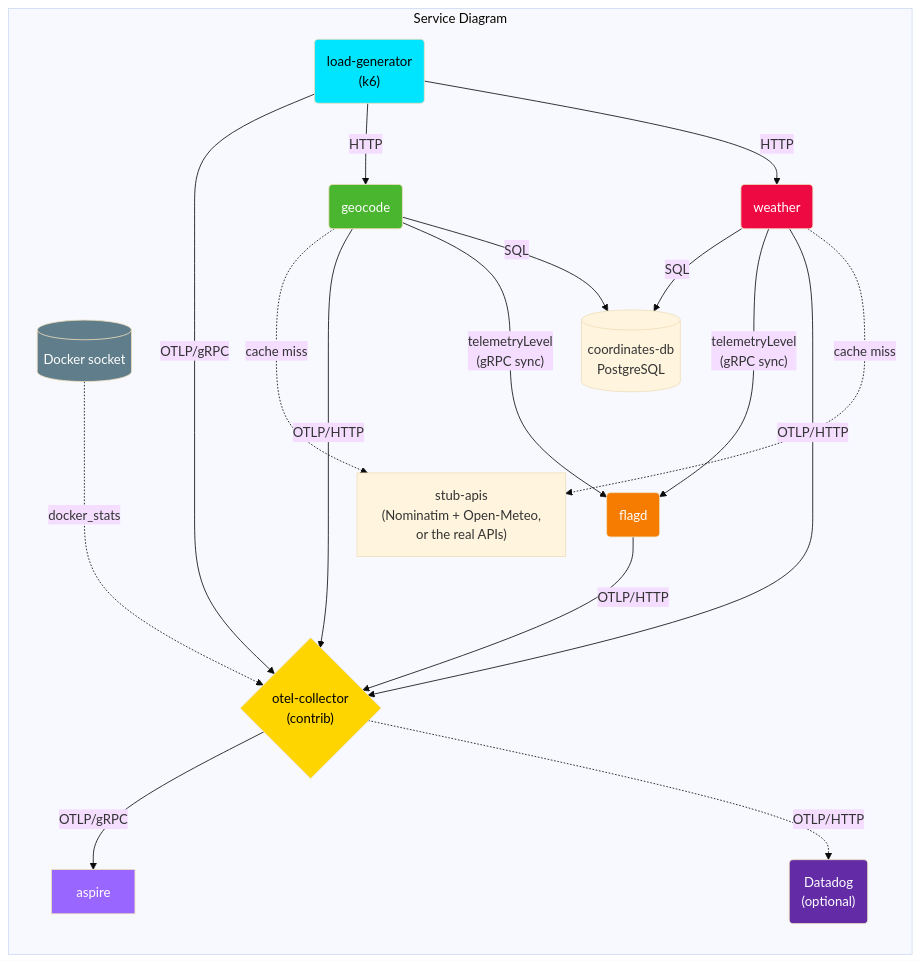
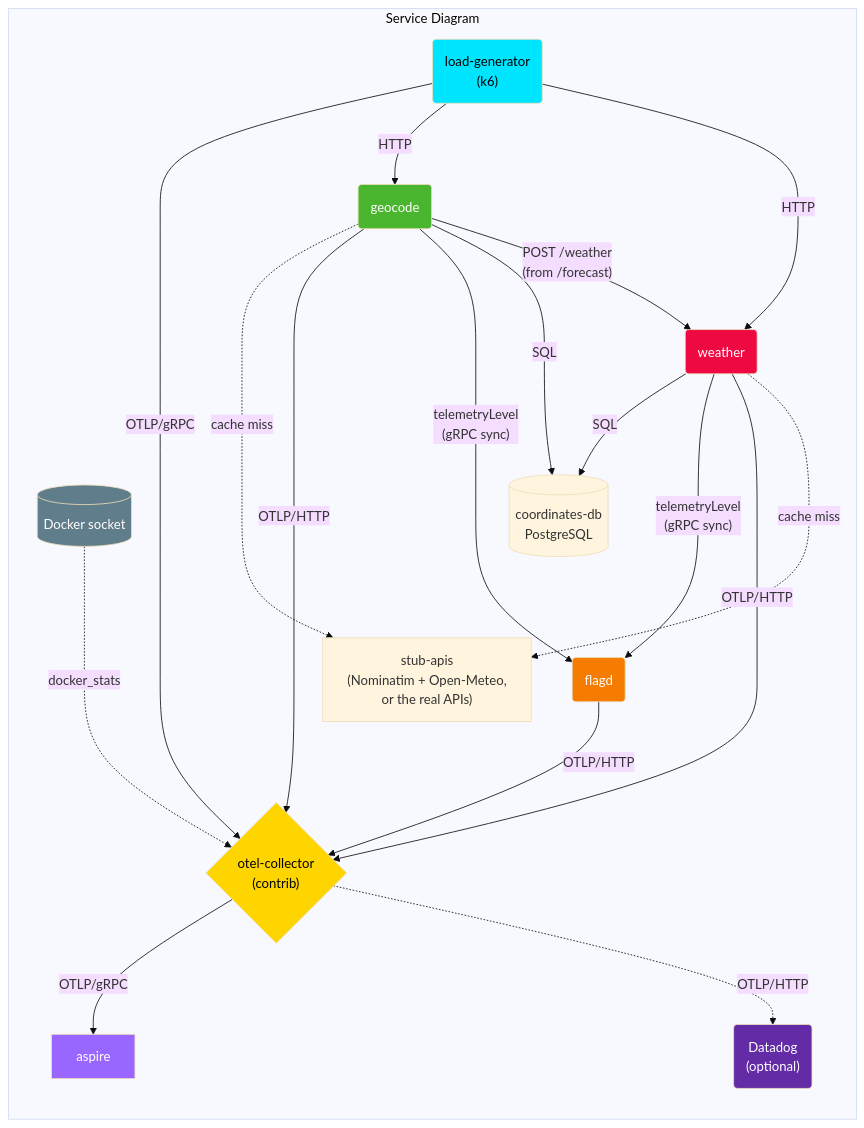
The diagram in README.md (OTelFeature/poc), drawn with Mermaid (base theme) before and after one commit. The commit also changed 7 other files, not shown here.

First line of the commit message:
Cross-service path: geocode POST /forecast calls weather (FR-026)

````diff
--- a/README.md
+++ b/README.md
@@ -10,42 +10,43 @@
 ```mermaid
 flowchart LR
     classDef load fill:#00e5ff,color:black;
     classDef geocode fill:#4ab52f,color:white;
     classDef weather fill:#ee0943,color:white;
     classDef otelcol fill:#ffd500,color:black;
     classDef aspire fill:#9966ff,color:white;
     classDef docker fill:#607d8b,color:white;
     classDef flagd fill:#f57c00,color:white;
     classDef datadog fill:#632ca6,color:white;
 
 
     subgraph Service Diagram
         load("load-generator<br/>(k6)"):::load
         geocode(geocode):::geocode
         weather(weather):::weather
         flagd(flagd):::flagd
         otelcol{"otel-collector<br/>(contrib)"}:::otelcol
         docker[("Docker socket")]:::docker
         coordinates[(coordinates-db<br/>PostgreSQL)]
         aspire[aspire]:::aspire
         datadog("Datadog<br/>(optional)"):::datadog
 
         docker -..->|docker_stats| otelcol
         load -->|OTLP/gRPC| otelcol
         load -->|HTTP| geocode
         load -->|HTTP| weather
         
         geocode -..->|cache miss| stub["stub-apis<br/>(Nominatim + Open-Meteo,<br/>or the real APIs)"]
         geocode ---->|OTLP/HTTP| otelcol
         geocode --->|"telemetryLevel<br/>(gRPC sync)"| flagd
 
         geocode -->|SQL| coordinates
+        geocode -->|"POST /weather<br/>(from /forecast)"| weather
         weather -->|SQL| coordinates
         weather --->|"telemetryLevel<br/>(gRPC sync)"| flagd
         weather --->|OTLP/HTTP| otelcol
         weather -..->|cache miss| stub
         flagd -->|OTLP/HTTP| otelcol
         otelcol -->|OTLP/gRPC| aspire
         otelcol -.->|OTLP/HTTP| datadog
     end
 ```
````
